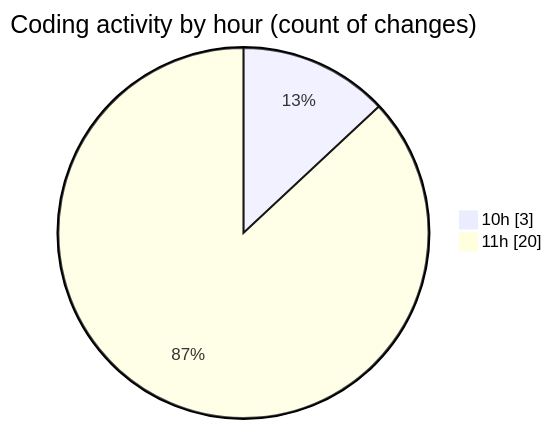
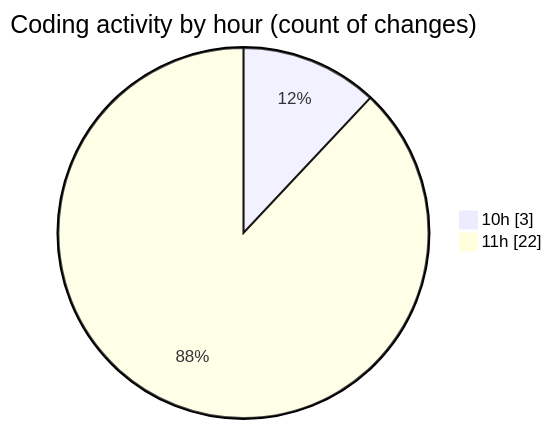
One commit to EIIisD/code-tracking changed the second of 2 diagrams in 2025-08-14/ribbon/README.md. Above: the diagram before and after it, drawn with Mermaid. The commit also changed other lines of this file and 1 other file, not shown here.

````diff
--- a/2025-08-14/ribbon/README.md
+++ b/2025-08-14/ribbon/README.md
@@ -34,6 +37,6 @@
 ```mermaid
 pie showData
 title Coding activity by hour (count of changes)
 "10h" : 3
-"11h" : 20
+"11h" : 22
 ```
````
